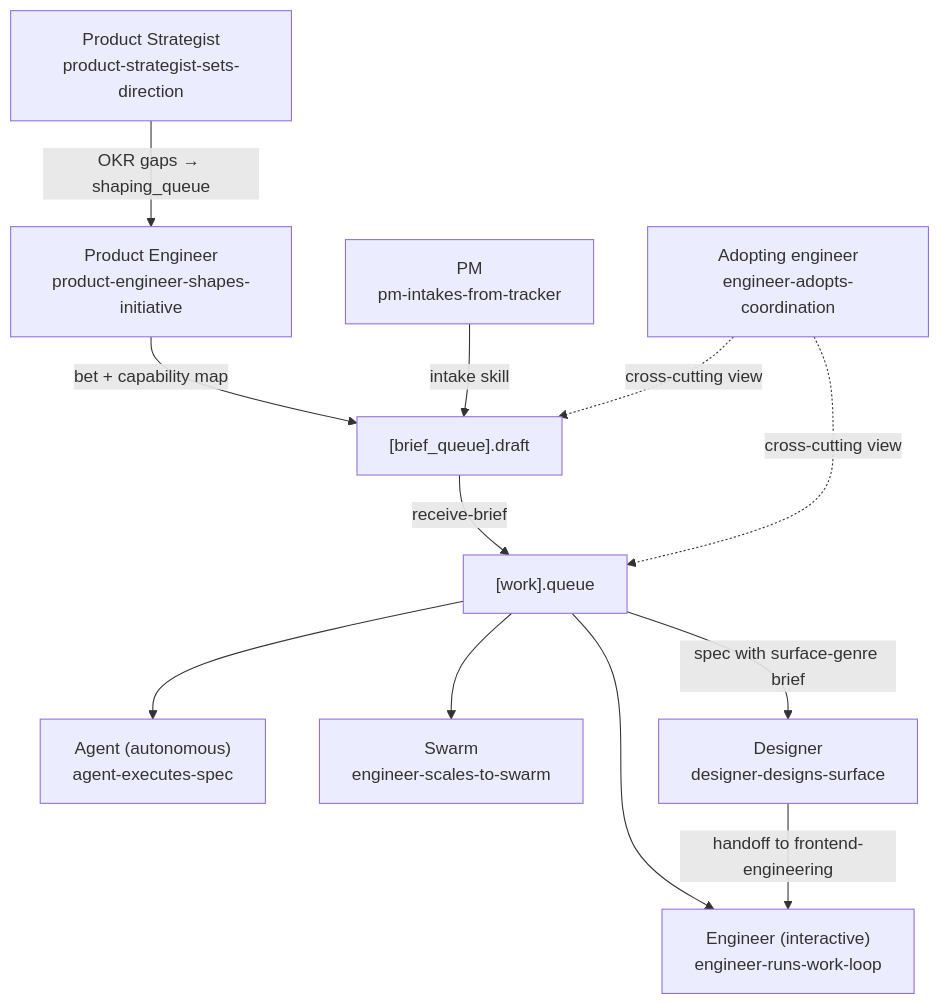
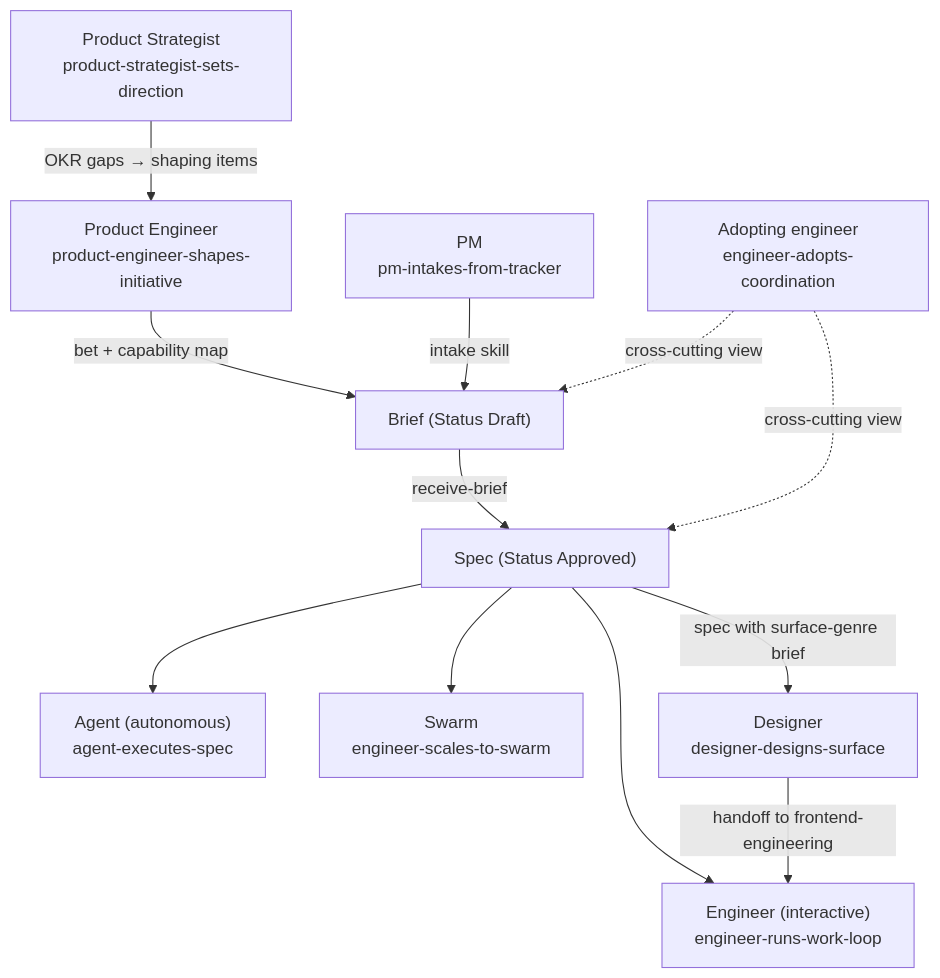
Before and after one commit to eugenelim/agent-ready-repo: the second of 2 diagrams in docs/product/journeys/README.md, drawn with Mermaid. The commit also changed other lines of this file and 213 other files, not shown here.

````diff
--- a/docs/product/journeys/README.md
+++ b/docs/product/journeys/README.md
@@ -104,25 +104,25 @@
 ```mermaid
 flowchart TB
     S["Product Strategist\nproduct-strategist-sets-direction"]
     PE["Product Engineer\nproduct-engineer-shapes-initiative"]
     PM["PM\npm-intakes-from-tracker"]
-    BQ["[brief_queue].draft"]
-    WQ["[work].queue"]
+    BQ["Brief (Status Draft)"]
+    WQ["Spec (Status Approved)"]
     E["Engineer (interactive)\nengineer-runs-work-loop"]
     AG["Agent (autonomous)\nagent-executes-spec"]
     SW["Swarm\nengineer-scales-to-swarm"]
     ADO["Adopting engineer\nengineer-adopts-coordination"]
     D["Designer\ndesigner-designs-surface"]
 
-    S -->|"OKR gaps → shaping_queue"| PE
+    S -->|"OKR gaps → shaping items"| PE
     PE -->|"bet + capability map"| BQ
     PM -->|"intake skill"| BQ
     BQ -->|"receive-brief"| WQ
     WQ --> E
     WQ --> AG
     WQ --> SW
     WQ -->|"spec with surface-genre brief"| D
     D -->|"handoff to frontend-engineering"| E
     ADO -. "cross-cutting view" .-> BQ
     ADO -. "cross-cutting view" .-> WQ
 ```
````
